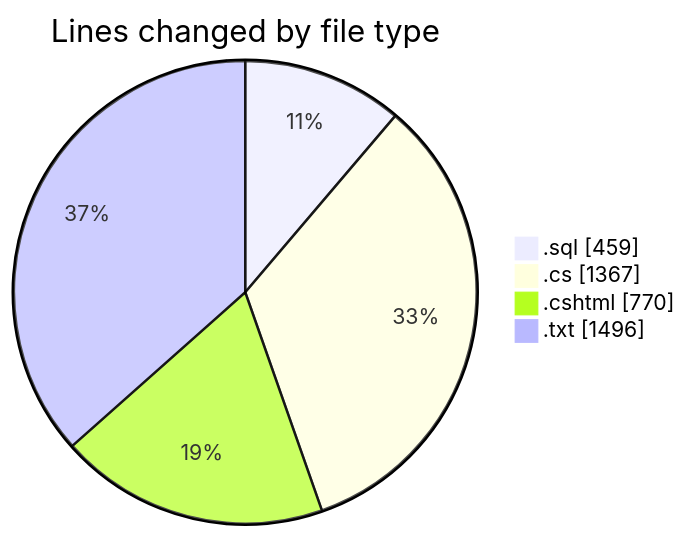
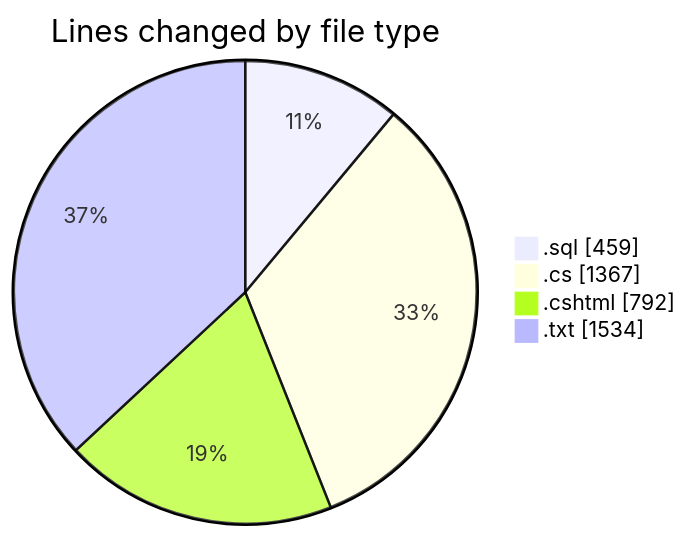
One commit to lephambinh05/code-tracking changed the first of 2 diagrams in 2025-07-23/quanlyrapchieuphim/README.md. Above: the diagram before and after it, drawn with Mermaid. The commit also changed other lines of this file and 1 other file, not shown here.

````diff
--- a/2025-07-23/quanlyrapchieuphim/README.md
+++ b/2025-07-23/quanlyrapchieuphim/README.md
@@ -29,8 +30,8 @@
 ```mermaid
 pie showData
 title Lines changed by file type
 ".sql" : 459
 ".cs" : 1367
-".cshtml" : 770
-".txt" : 1496
+".cshtml" : 792
+".txt" : 1534
 ```
````
